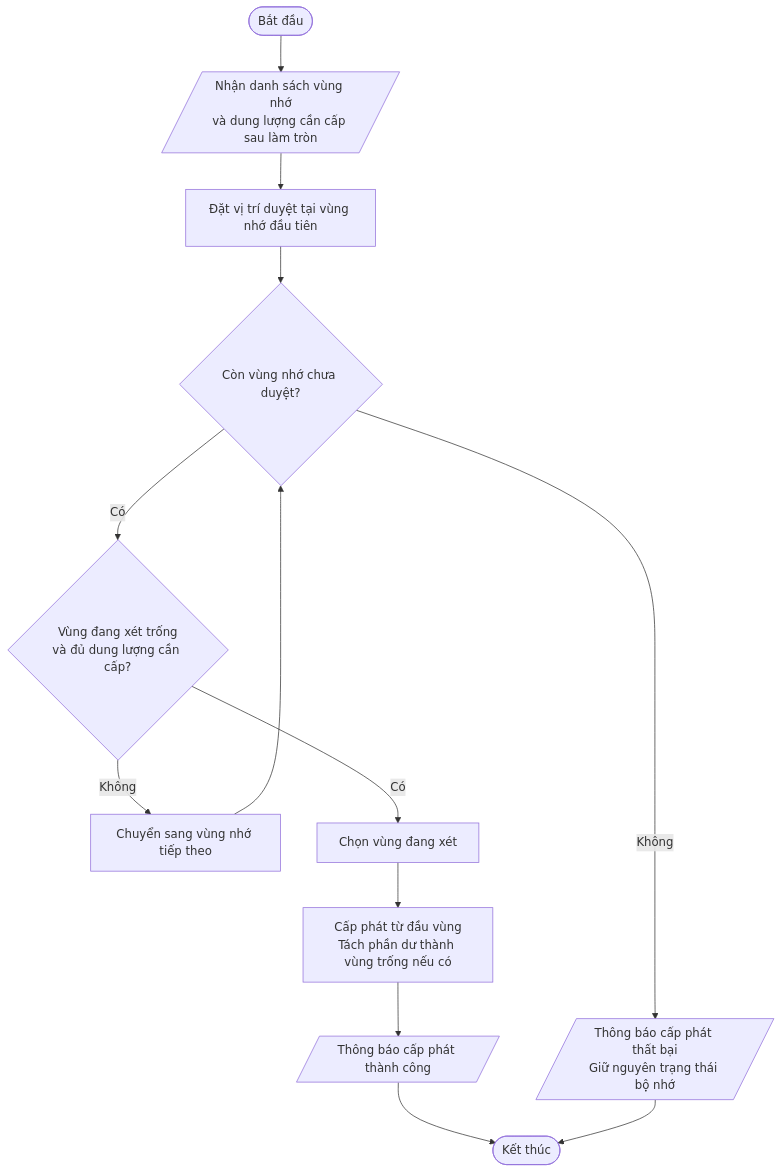
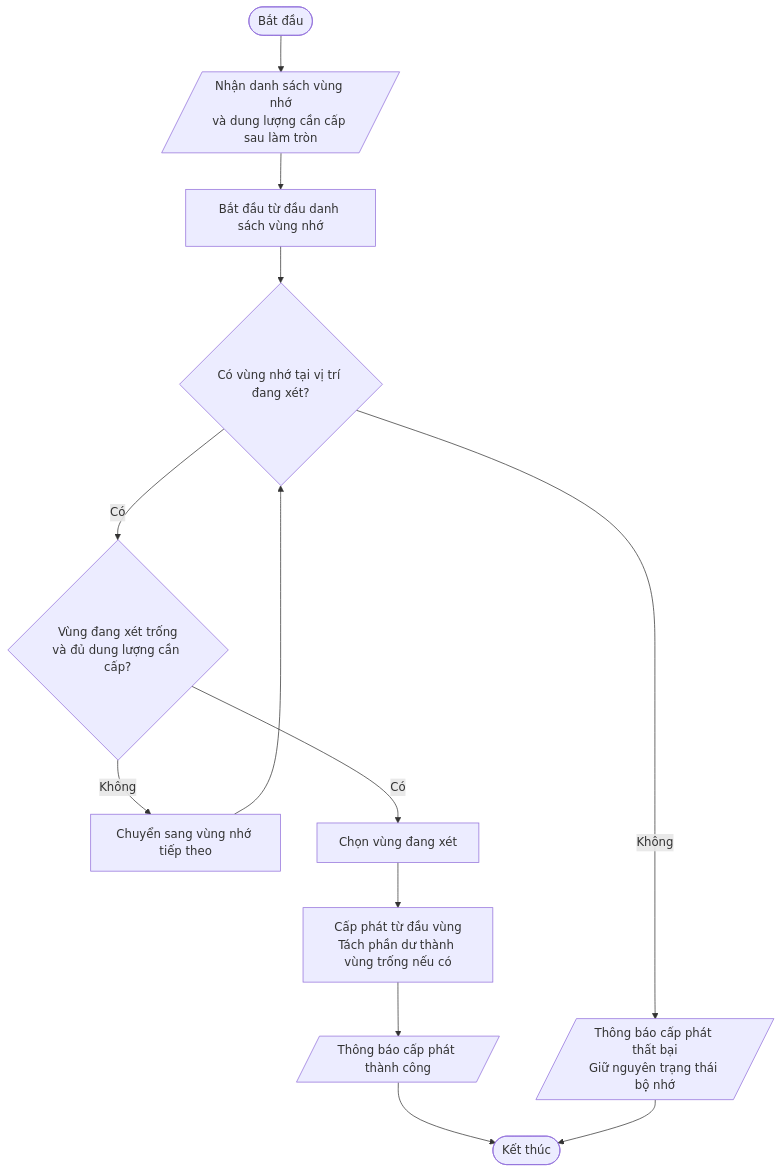
One commit to GiaHung305/OS_MEM_11_Nhom03 changed the second of 4 diagrams in report/spec.md. Above: the diagram before and after it, drawn with Mermaid. The commit also changed other lines of this file, not shown here.

Commit message:
Clarify flowchart scan position

````diff
--- a/report/spec.md
+++ b/report/spec.md
@@ -216,15 +216,15 @@
 ```mermaid
 flowchart TD
     A([Bắt đầu]) --> B[/"Nhận danh sách vùng nhớ<br/>và dung lượng cần cấp sau làm tròn"/]
-    B --> C["Đặt vị trí duyệt tại vùng nhớ đầu tiên"]
-    C --> D{"Còn vùng nhớ chưa duyệt?"}
+    B --> C["Bắt đầu từ đầu danh sách vùng nhớ"]
+    C --> D{"Có vùng nhớ tại vị trí đang xét?"}
     D -->|Có| E{"Vùng đang xét trống<br/>và đủ dung lượng cần cấp?"}
     E -->|Không| F["Chuyển sang vùng nhớ tiếp theo"]
     F --> D
     E -->|Có| G["Chọn vùng đang xét"]
     G --> H["Cấp phát từ đầu vùng<br/>Tách phần dư thành vùng trống nếu có"]
     H --> I[/"Thông báo cấp phát thành công"/]
     D -->|Không| J[/"Thông báo cấp phát thất bại<br/>Giữ nguyên trạng thái bộ nhớ"/]
     I --> K([Kết thúc])
     J --> K
 ```
````
